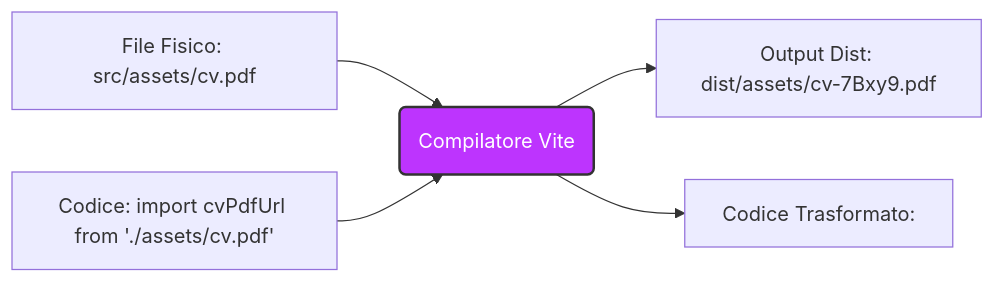
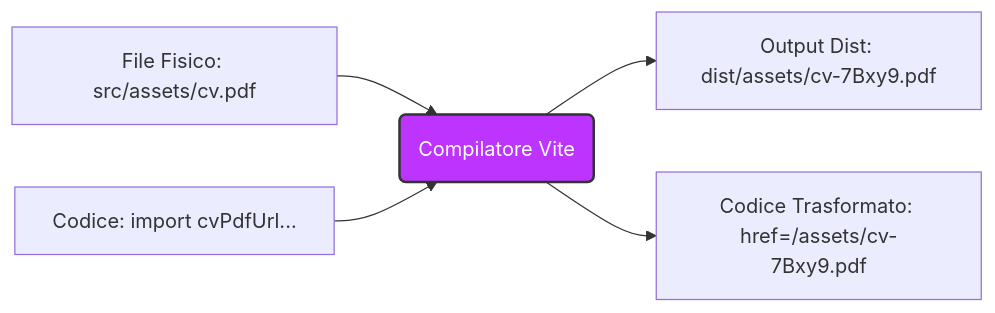
Before and after one commit to SandMan00001/leanding_page: the third of 4 diagrams in spiegazioni/DOCUMENTAZIONE_PROGETTO.md, drawn with Mermaid. The commit also changed 3 other files, not shown here.

````diff
--- a/spiegazioni/DOCUMENTAZIONE_PROGETTO.md
+++ b/spiegazioni/DOCUMENTAZIONE_PROGETTO.md
@@ -136,9 +136,9 @@
 ```mermaid
 graph LR
     A[File Fisico: src/assets/cv.pdf] --> B(Compilatore Vite)
-    C[Codice: import cvPdfUrl from './assets/cv.pdf'] --> B
+    C["Codice: import cvPdfUrl..."] --> B
     B --> D[Output Dist: dist/assets/cv-7Bxy9.pdf]
-    B --> E[Codice Trasformato: <a href="/assets/cv-7Bxy9.pdf">]
+    B --> E["Codice Trasformato: href=/assets/cv-7Bxy9.pdf"]
     
     style B fill:#bd34fe,stroke:#333,stroke-width:2px,color:#fff
 ```
````
